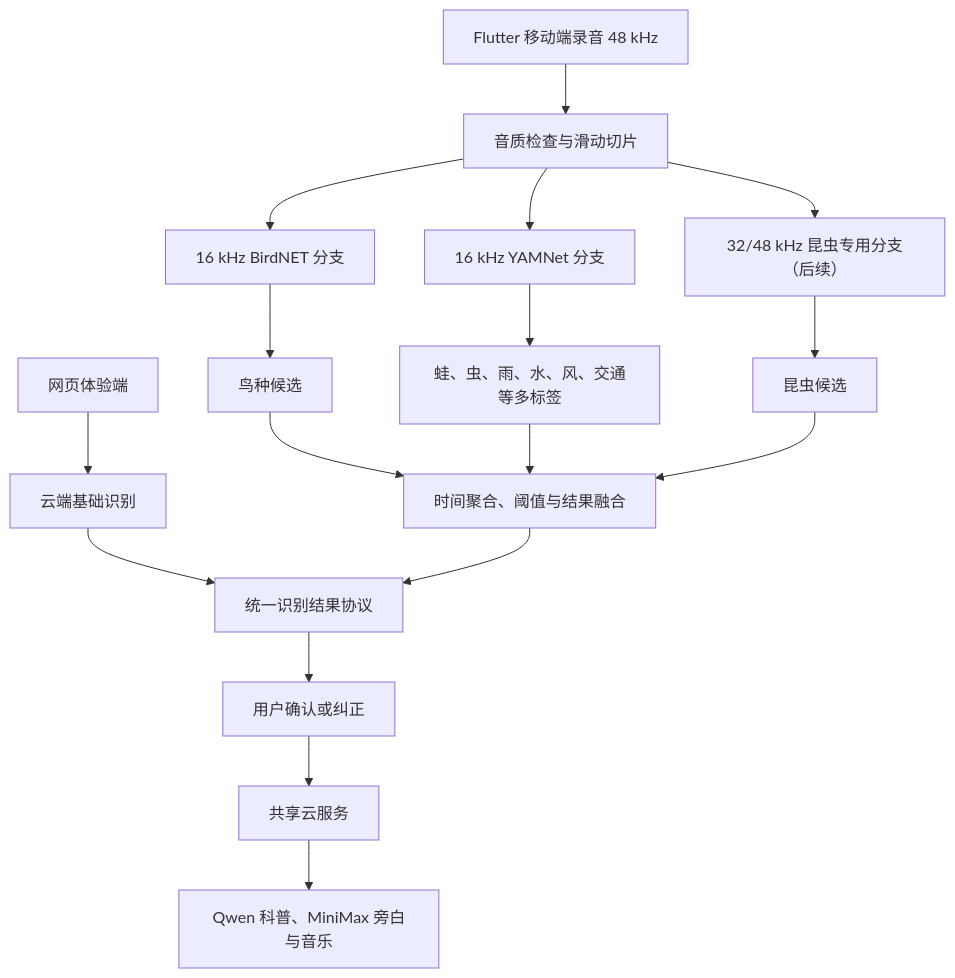
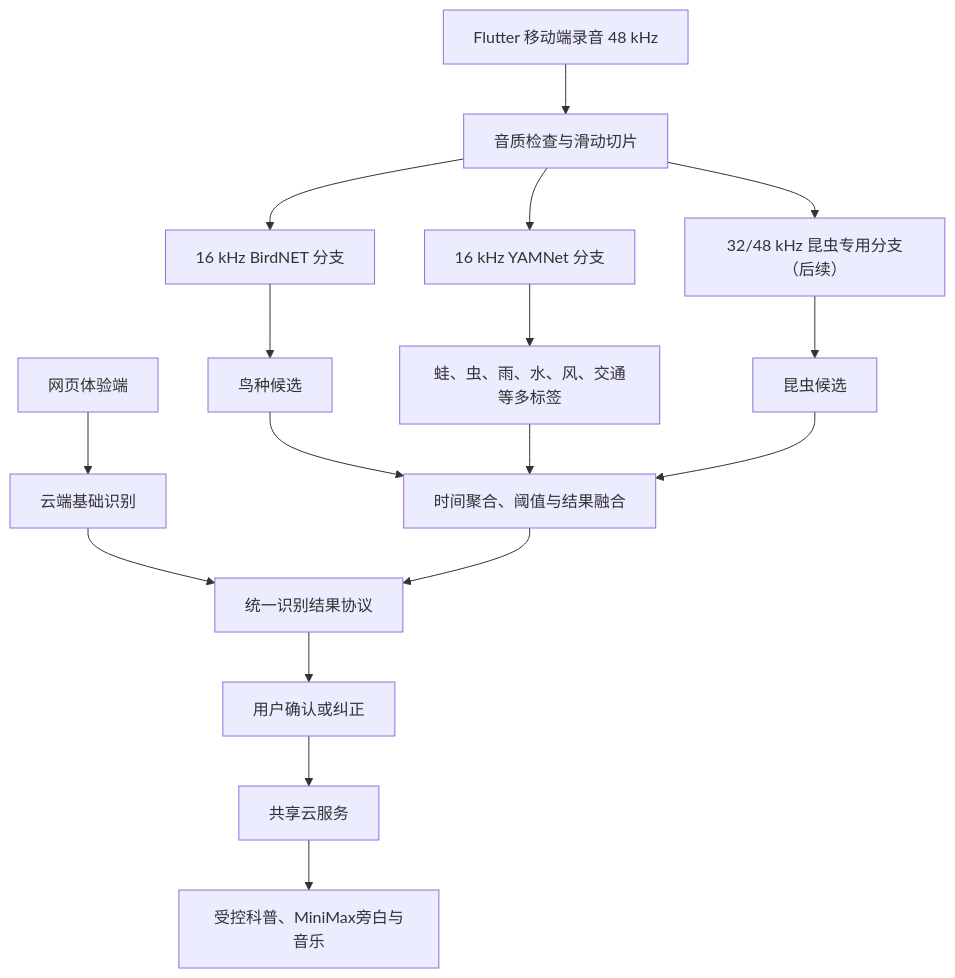
Before and after one commit to gqy20/nature-sound-detective: the diagram in docs/plan/mobile.md, drawn with Mermaid. The commit also changed other lines of this file and 37 other files, not shown here.

````diff
--- a/docs/plan/mobile.md
+++ b/docs/plan/mobile.md
@@ -145,19 +145,19 @@
 ```mermaid
 flowchart TD
     W["网页体验端"] --> WA["云端基础识别"]
     WA --> R["统一识别结果协议"]
     A["Flutter 移动端录音 48 kHz"] --> B["音质检查与滑动切片"]
     B --> C["16 kHz BirdNET 分支"]
     B --> D["16 kHz YAMNet 分支"]
     B --> E["32/48 kHz 昆虫专用分支（后续）"]
     C --> F["鸟种候选"]
     D --> G["蛙、虫、雨、水、风、交通等多标签"]
     E --> H["昆虫候选"]
     F --> I["时间聚合、阈值与结果融合"]
     G --> I
     H --> I
     I --> R
     R --> J["用户确认或纠正"]
     J --> L["共享云服务"]
-    L --> M["Qwen 科普、MiniMax 旁白与音乐"]
+    L --> M["受控科普、MiniMax旁白与音乐"]
 ```
````
